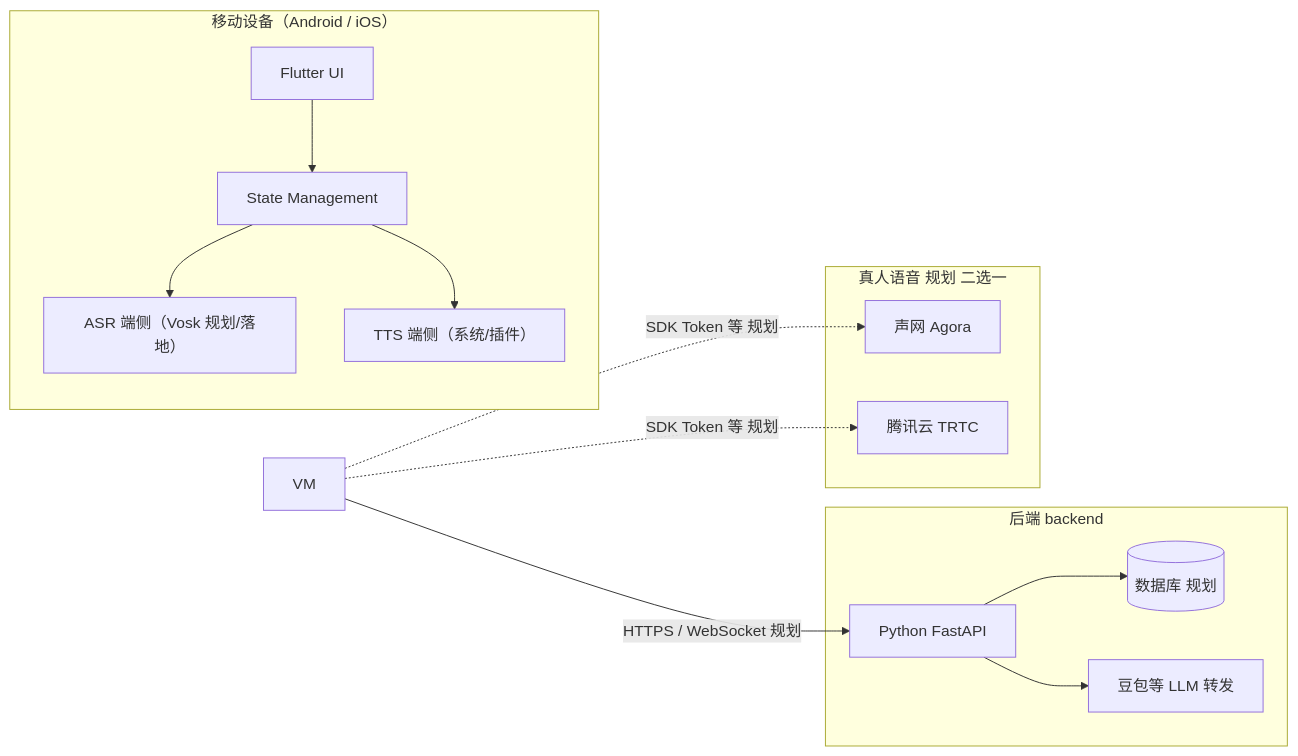
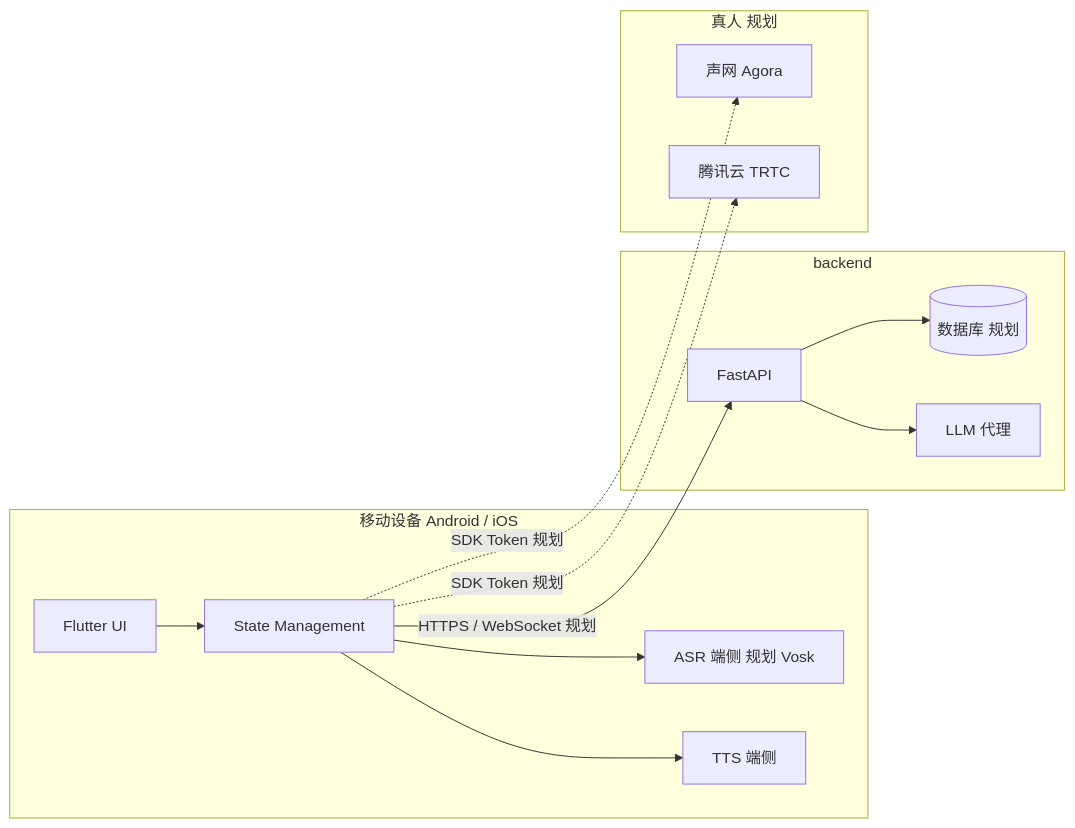
One commit to StoneZhang-wq/English-chat changed the diagram in docs/TECH-ARCHITECTURE.md. Above: the diagram before and after it, drawn with Mermaid. The commit also changed other lines of this file and 93 other files, not shown here.

````diff
--- a/docs/TECH-ARCHITECTURE.md
+++ b/docs/TECH-ARCHITECTURE.md
@@ -37,26 +38,26 @@
 ```mermaid
 flowchart LR
-  subgraph device [移动设备（Android / iOS）]
+  subgraph device [移动设备 Android / iOS]
     UI[Flutter UI]
     State[State Management]
-    LocalASR[ASR 端侧（Vosk 规划/落地）]
-    LocalTTS[TTS 端侧（系统/插件）]
+    LocalASR[ASR 端侧 规划 Vosk]
+    LocalTTS[TTS 端侧]
     UI --> State
     State --> LocalASR
     State --> LocalTTS
   end
-  subgraph backendNode [后端 backend]
-    API[Python FastAPI]
+  subgraph backendNode [backend]
+    API[FastAPI]
     DB[(数据库 规划)]
-    LLM[豆包等 LLM 转发]
+    LLM[LLM 代理]
     API --> DB
     API --> LLM
   end
-  subgraph rtc [真人语音 规划 二选一]
+  subgraph rtc [真人 规划]
     Agora[声网 Agora]
     TRTC[腾讯云 TRTC]
   end
-  VM -->|HTTPS / WebSocket 规划| API
-  VM -.->|SDK Token 等 规划| Agora
-  VM -.->|SDK Token 等 规划| TRTC
+  State -->|HTTPS / WebSocket 规划| API
+  State -.->|SDK Token 规划| Agora
+  State -.->|SDK Token 规划| TRTC
 ```
````
